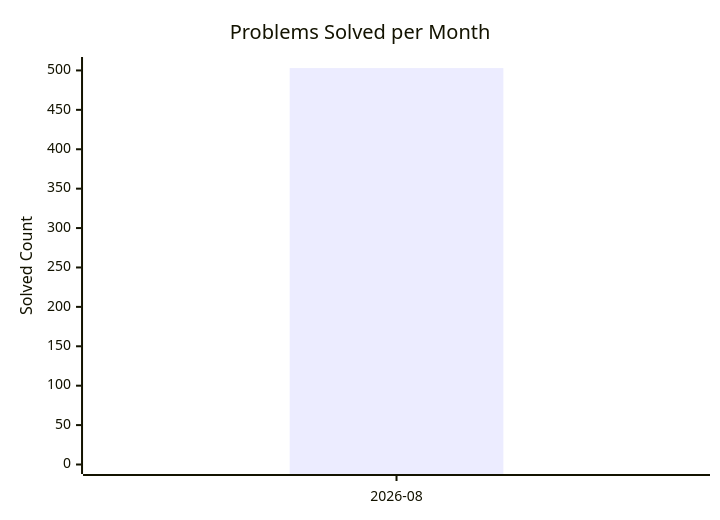
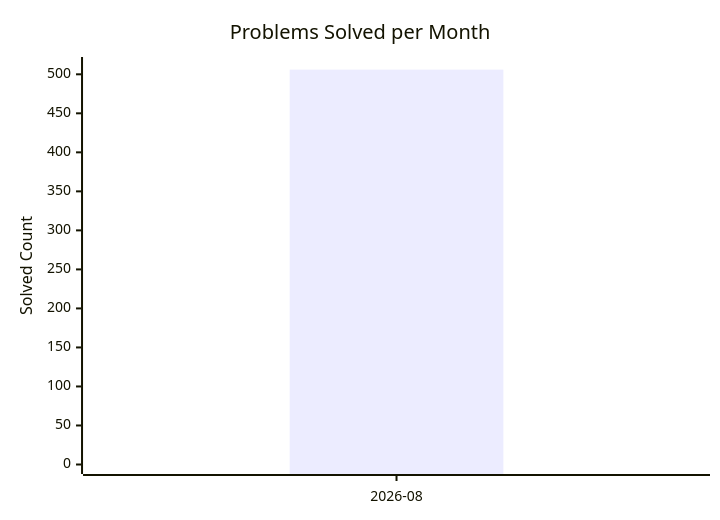
Before and after one commit to AdityaPandey-DEV/CP-Progress-Sync: the diagram in dashboard.md, drawn with Mermaid. The commit also changed other lines of this file, not shown here.

Commit message:
Auto-update CP dashboard [skip ci]

````diff
--- a/dashboard.md
+++ b/dashboard.md
@@ -8,8 +8,8 @@
 ```mermaid
 xychart-beta
     title "Problems Solved per Month"
     x-axis ["2026-08"]
-    y-axis "Solved Count" 0 --> 505
-    bar [503]
-    line [503]
+    y-axis "Solved Count" 0 --> 510
+    bar [506]
+    line [506]
 ```
````
